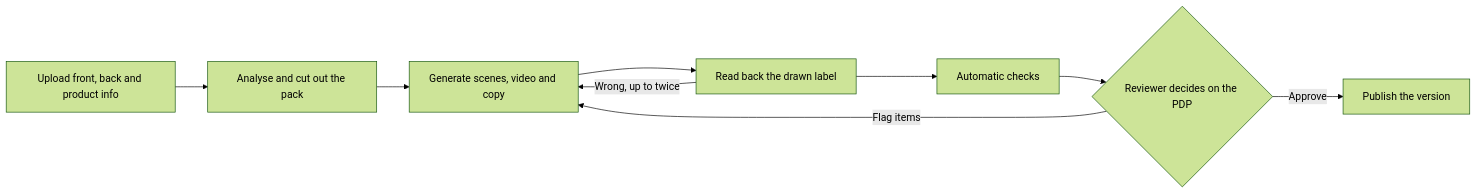
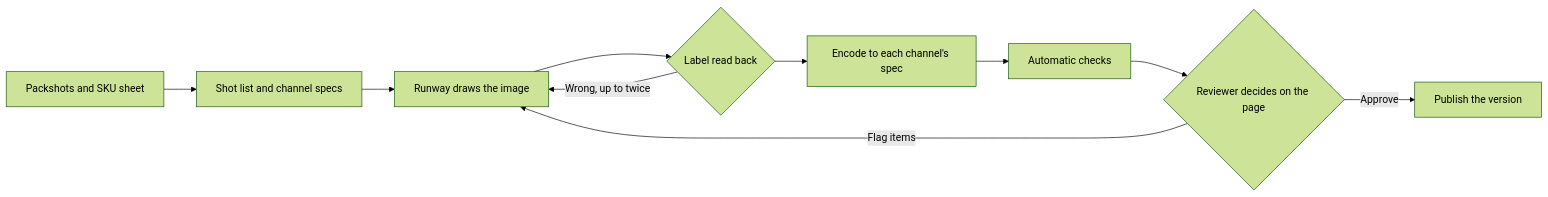
One commit to hollaugo/shelf-studio changed the diagram in README.md. Above: the diagram before and after it, drawn with Mermaid (forest theme). The commit also changed other lines of this file and 67 other files, not shown here.

````diff
--- a/README.md
+++ b/README.md
@@ -15,11 +52,12 @@
 ```mermaid
 flowchart LR
-  A[Upload front, back and product info] --> B[Analyse and cut out the pack]
-  B --> C[Generate scenes, video and copy]
-  C --> D[Read back the drawn label]
+  A[Packshots and SKU sheet] --> B[Shot list and channel specs]
+  B --> C[Runway draws the image]
+  C --> D{Label read back}
   D -- Wrong, up to twice --> C
-  D --> E[Automatic checks]
-  E --> F{Reviewer decides on the PDP}
-  F -- Approve --> G[Publish the version]
-  F -- Flag items --> C
+  D --> E[Encode to each channel's spec]
+  E --> F[Automatic checks]
+  F --> G{Reviewer decides on the page}
+  G -- Flag items --> C
+  G -- Approve --> H[Publish the version]
 ```
````
